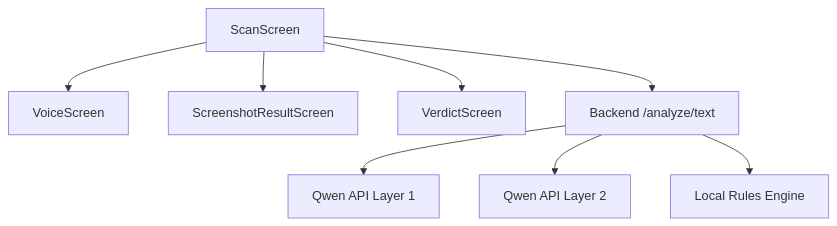
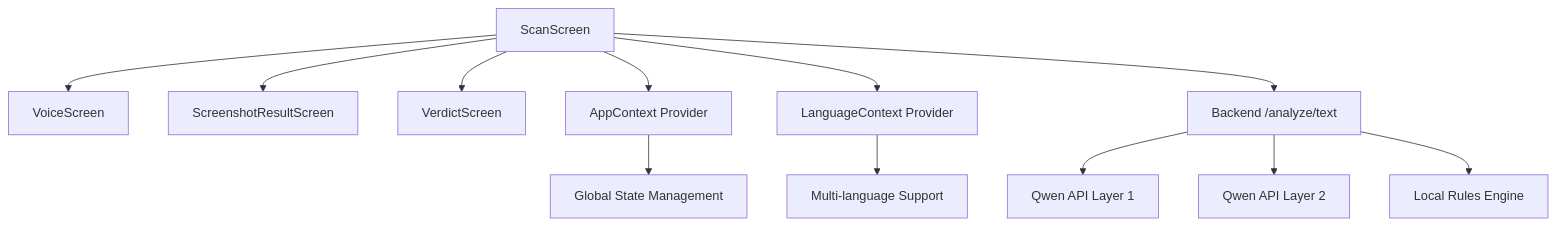
Before and after one commit to cyberNoman/Safe-Pakistan: the first of 3 diagrams in .qoder/repowiki/en/content/Screens & User Workflows/Scan Interface.md, drawn with Mermaid. The commit also changed other lines of this file and 52 other files, not shown here.

Commit message:
Safe Pakistan: scam-detection app, 3-layer AI cascade, security hardening (SECURITY.md, .env.example, ignore rules)

````diff
--- a/.qoder/repowiki/en/content/Screens & User Workflows/Scan Interface.md
+++ b/.qoder/repowiki/en/content/Screens & User Workflows/Scan Interface.md
@@ -39,10 +50,14 @@
 ```mermaid
 graph TB
 A["ScanScreen"] --> B["VoiceScreen"]
 A --> C["ScreenshotResultScreen"]
 A --> D["VerdictScreen"]
-A --> E["Backend /analyze/text"]
-E --> F["Qwen API Layer 1"]
-E --> G["Qwen API Layer 2"]
-E --> H["Local Rules Engine"]
+A --> E["AppContext Provider"]
+A --> F["LanguageContext Provider"]
+A --> G["Backend /analyze/text"]
+G --> H["Qwen API Layer 1"]
+G --> I["Qwen API Layer 2"]
+G --> J["Local Rules Engine"]
+E --> K["Global State Management"]
+F --> L["Multi-language Support"]
 ```
````
